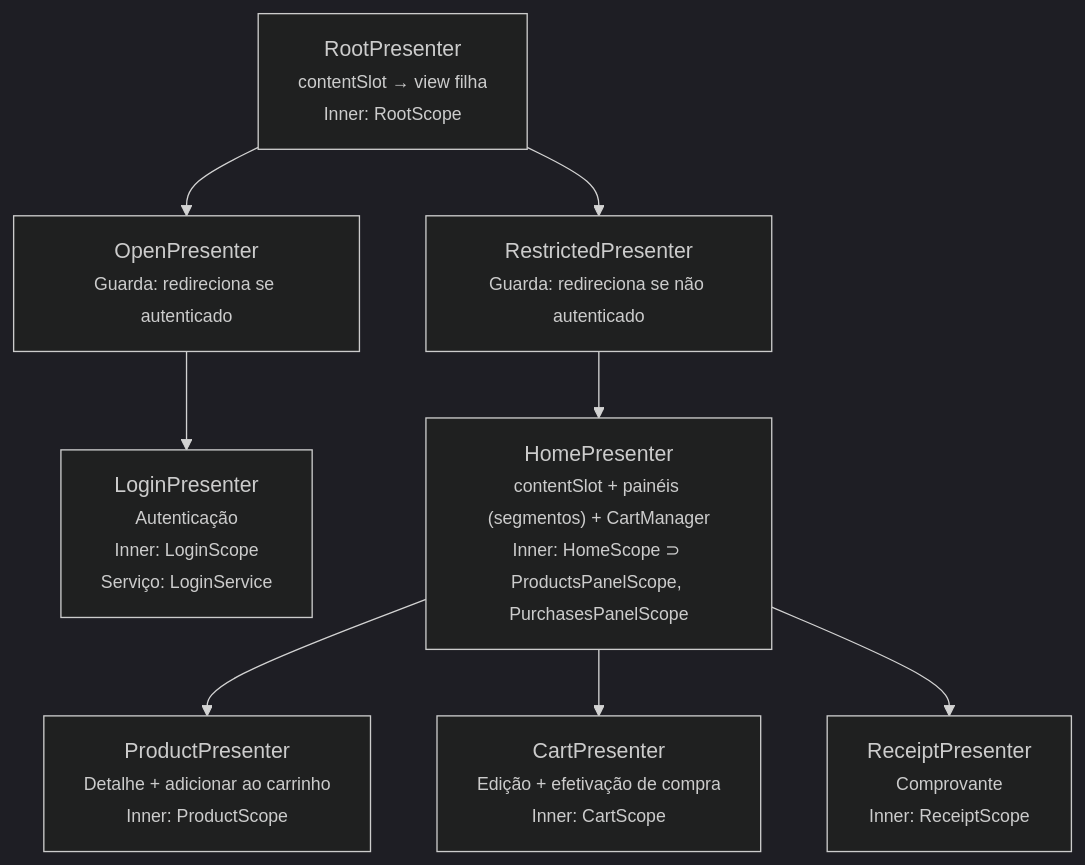
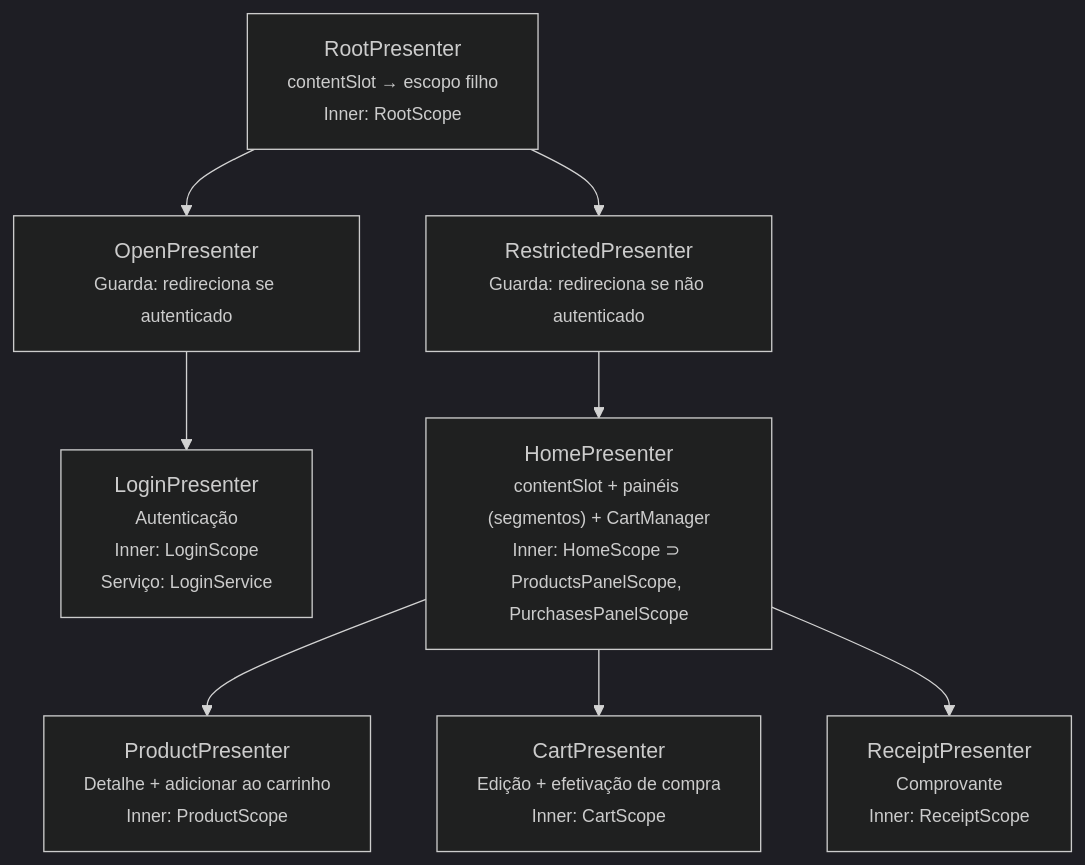
The third of 3 diagrams in fontes/br.com.wdc.shopping/br.com.wdc.shopping.presentation/README.md (mrcdom/wdc-cube-java-v2), drawn with Mermaid (dark theme) before and after one commit. The commit also changed other lines of this file and 64 other files, not shown here.

````diff
--- a/fontes/br.com.wdc.shopping/br.com.wdc.shopping.presentation/README.md
+++ b/fontes/br.com.wdc.shopping/br.com.wdc.shopping.presentation/README.md
@@ -96,15 +96,15 @@
 ```mermaid
 graph TD
-    RootP["RootPresenter<br/><small>contentSlot → view filha<br/>Inner: RootScope</small>"]
+    RootP["RootPresenter<br/><small>contentSlot → escopo filho<br/>Inner: RootScope</small>"]
 
     RootP --> OpenP["OpenPresenter<br/><small>Guarda: redireciona se autenticado</small>"]
     RootP --> RestrictedP["RestrictedPresenter<br/><small>Guarda: redireciona se não autenticado</small>"]
 
     OpenP --> LoginP["LoginPresenter<br/><small>Autenticação<br/>Inner: LoginScope<br/>Serviço: LoginService</small>"]
 
     RestrictedP --> HomeP["HomePresenter<br/><small>contentSlot + painéis (segmentos) + CartManager<br/>Inner: HomeScope ⊃ ProductsPanelScope, PurchasesPanelScope</small>"]
 
     HomeP --> ProductP["ProductPresenter<br/><small>Detalhe + adicionar ao carrinho<br/>Inner: ProductScope</small>"]
     HomeP --> CartP["CartPresenter<br/><small>Edição + efetivação de compra<br/>Inner: CartScope</small>"]
     HomeP --> ReceiptP["ReceiptPresenter<br/><small>Comprovante<br/>Inner: ReceiptScope</small>"]
 ```
````
